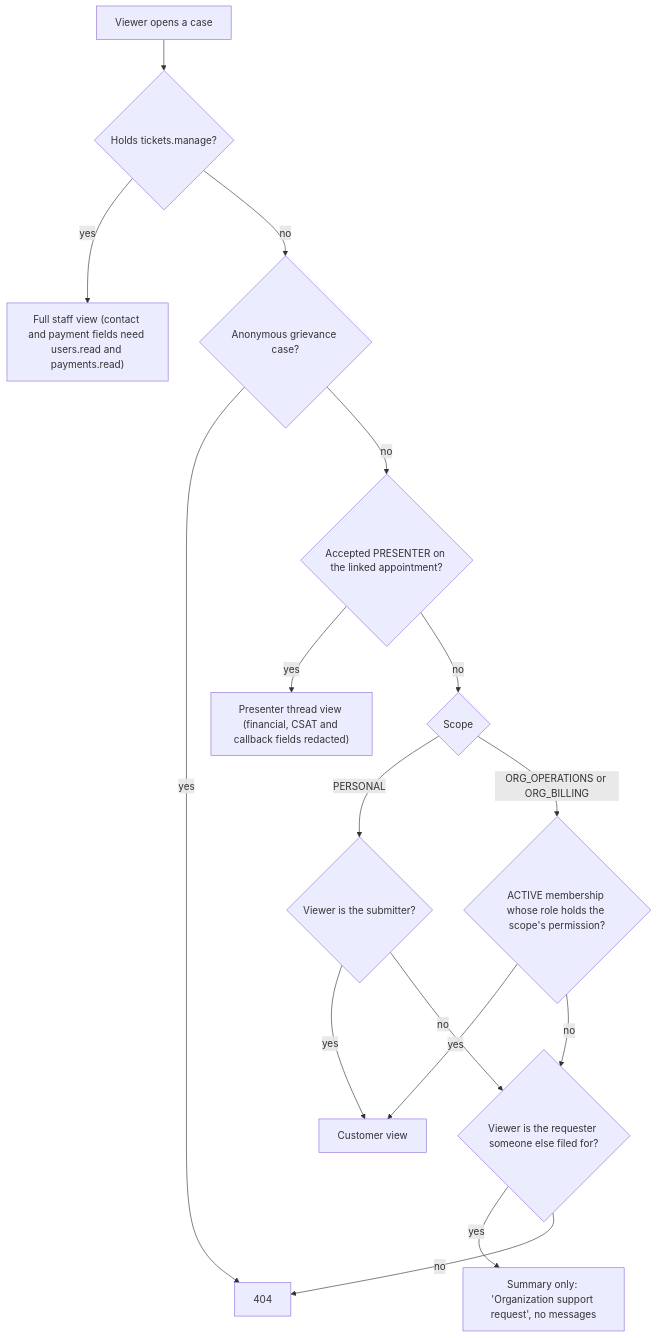
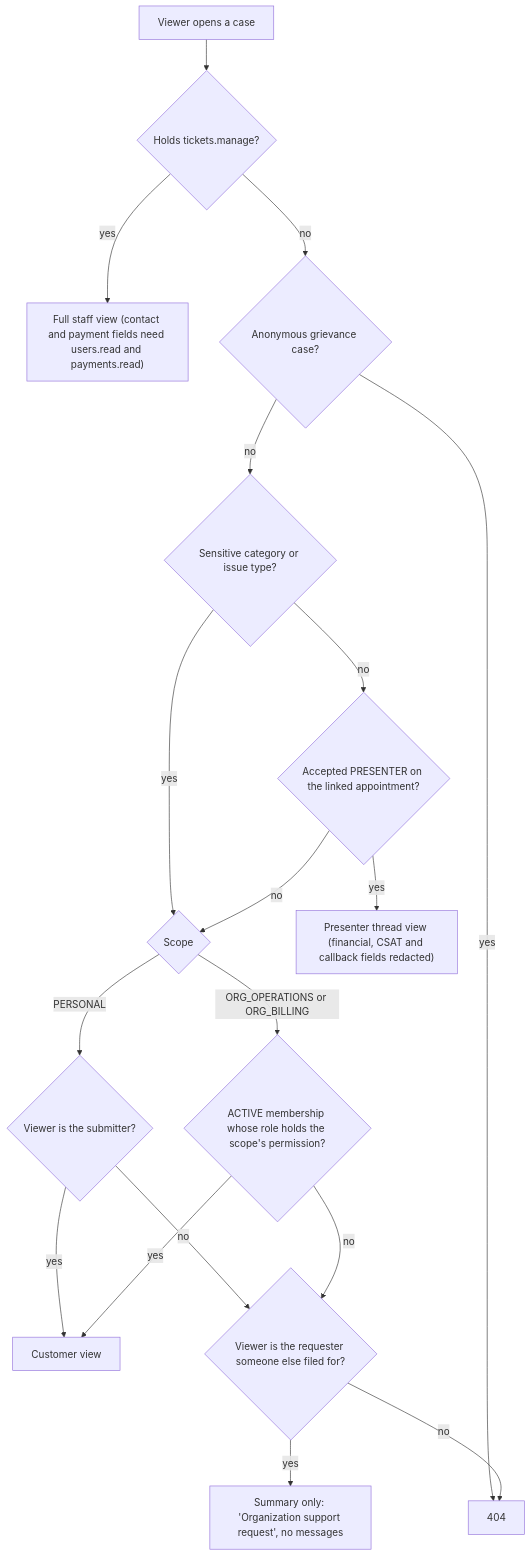
Before and after one commit to Practitionist/familiarise_web: the diagram in docs/support/09-org-scopes-and-visibility.md, drawn with Mermaid. The commit also changed other lines of this file and 32 other files, not shown here.

````diff
--- a/docs/support/09-org-scopes-and-visibility.md
+++ b/docs/support/09-org-scopes-and-visibility.md
@@ -28,18 +28,20 @@
 ```mermaid
 flowchart TD
     V["Viewer opens a case"] --> S{"Holds tickets.manage?"}
     S -- yes --> Full["Full staff view (contact and payment fields need users.read and payments.read)"]
     S -- no --> X{"Anonymous grievance case?"}
     X -- yes --> NF["404"]
-    X -- no --> Pr{"Accepted PRESENTER on the linked appointment?"}
+    X -- no --> Sens{"Sensitive category or issue type?"}
+    Sens -- yes --> P{"Scope"}
+    Sens -- no --> Pr{"Accepted PRESENTER on the linked appointment?"}
     Pr -- yes --> Cust["Presenter thread view (financial, CSAT and callback fields redacted)"]
     Pr -- no --> P{"Scope"}
     P -- PERSONAL --> Sub{"Viewer is the submitter?"}
     Sub -- yes --> Cust2["Customer view"]
     P -- "ORG_OPERATIONS or ORG_BILLING" --> G{"ACTIVE membership whose role holds the scope's permission?"}
     G -- yes --> Cust2
     Sub -- no --> Req{"Viewer is the requester someone else filed for?"}
     G -- no --> Req
     Req -- yes --> Sum["Summary only: 'Organization support request', no messages"]
     Req -- no --> NF
 ```
````
